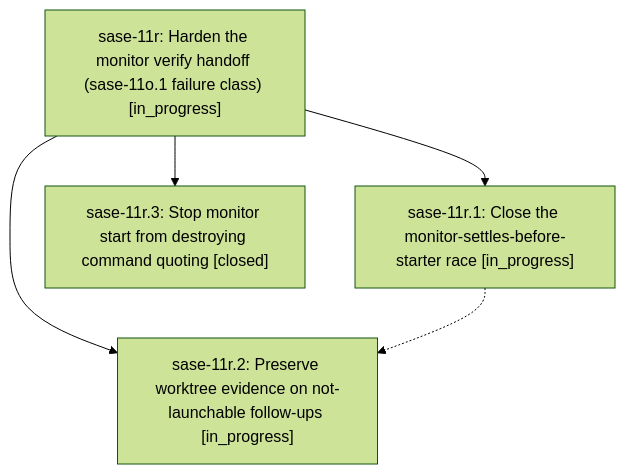
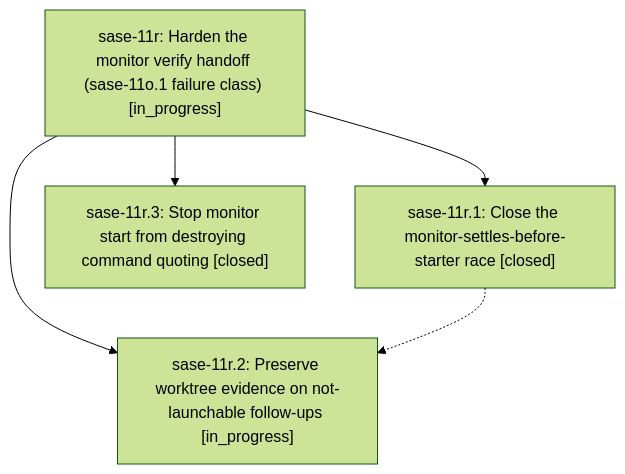
One commit to sase-org/sase--beads changed the diagram in pages/sase-11r/README.md. Above: the diagram before and after it, drawn with Mermaid (forest theme). The commit also changed other lines of this file and 2 other files, not shown here.

First line of the commit message:
chore(beads): sync bead state and pages for sase-11r

````diff
--- a/pages/sase-11r/README.md
+++ b/pages/sase-11r/README.md
@@ -24,11 +24,11 @@
 ```mermaid
 flowchart TD
     n0["sase-11r: Harden the monitor verify handoff (sase-11o.1 failure class) [in_progress]"]
-    n1["sase-11r.1: Close the monitor-settles-before-starter race [in_progress]"]
+    n1["sase-11r.1: Close the monitor-settles-before-starter race [closed]"]
     n2["sase-11r.2: Preserve worktree evidence on not-launchable follow-ups [in_progress]"]
     n3["sase-11r.3: Stop monitor start from destroying command quoting [closed]"]
     n0 --> n1
     n0 --> n2
     n0 --> n3
     n1 -.-> n2
 ```
````
